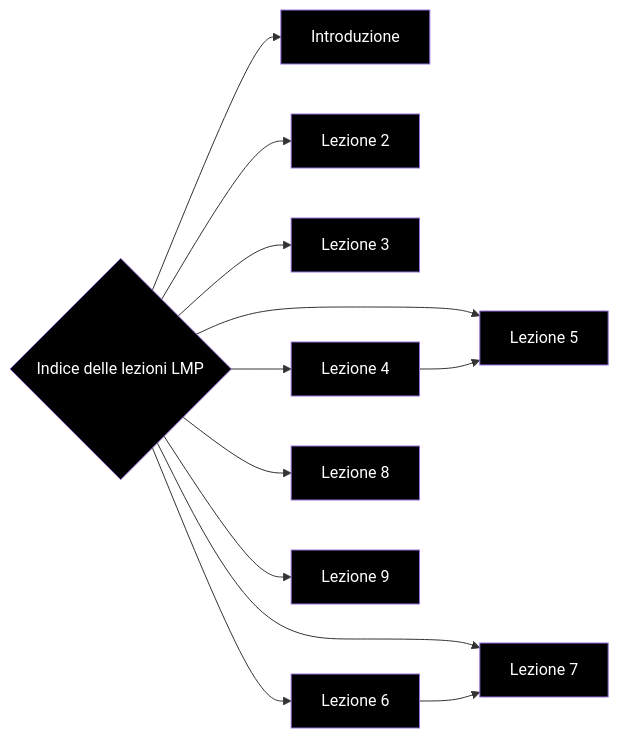
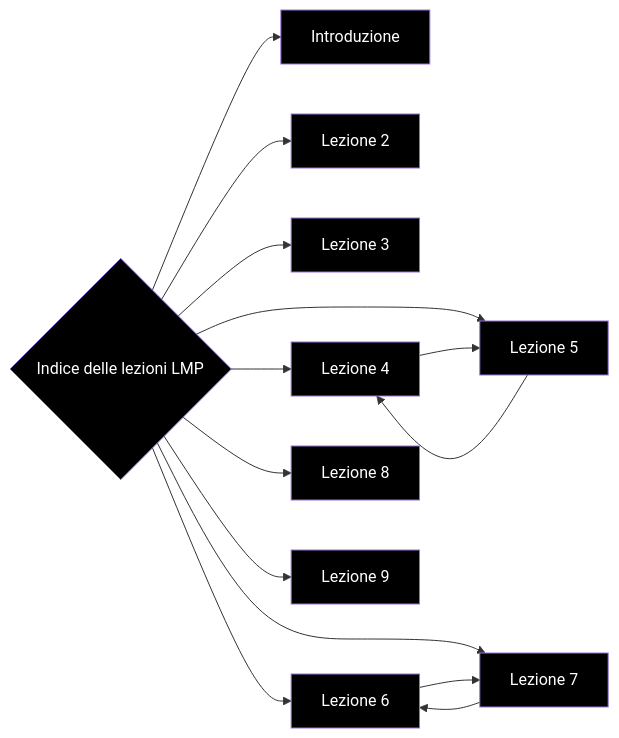
Before and after one commit to francosalvucci14/Appunti-II-anno: the diagram in Appunti LMP/MOD I/Indice delle lezioni LMP.md, drawn with Mermaid. The commit also changed 3 other files, not shown here.

````diff
--- a/Appunti LMP/MOD I/Indice delle lezioni LMP.md
+++ b/Appunti LMP/MOD I/Indice delle lezioni LMP.md
@@ -17,35 +17,29 @@
 ```mermaid
 graph LR
 	A{Indice delle lezioni LMP}
 	B[Introduzione]
 	C[Lezione 2]
 	D[Lezione 3]
 	E[Lezione 4]
 	F[Lezione 5]
 	G[Lezione 6]
 	H[Lezione 7]
 	I[Lezione 8]
 	J[Lezione 9]
 
 	style A fill:black, color:#fff
 	style B fill:black, color:#fff
 	style C fill:black, color:#fff
 	style D fill:black, color:#fff
 	style E fill:black, color:#fff
 	style F fill:black, color:#fff
 	style G fill:black, color:#fff
 	style H fill:black, color:#fff
 	style I fill:black, color:#fff
 	style J fill:black, color:#fff
-	A-->B
-	A-->C
-	A-->D
-	A-->E
-	A-->F
-	A-->G
-	A-->H
-	A-->I
-	A-->J
+	A-->B & C & D & E & F & G & H & I & J
 	E-->F
+	F-->E
 	G-->H
+	H-->G
 ```
````
